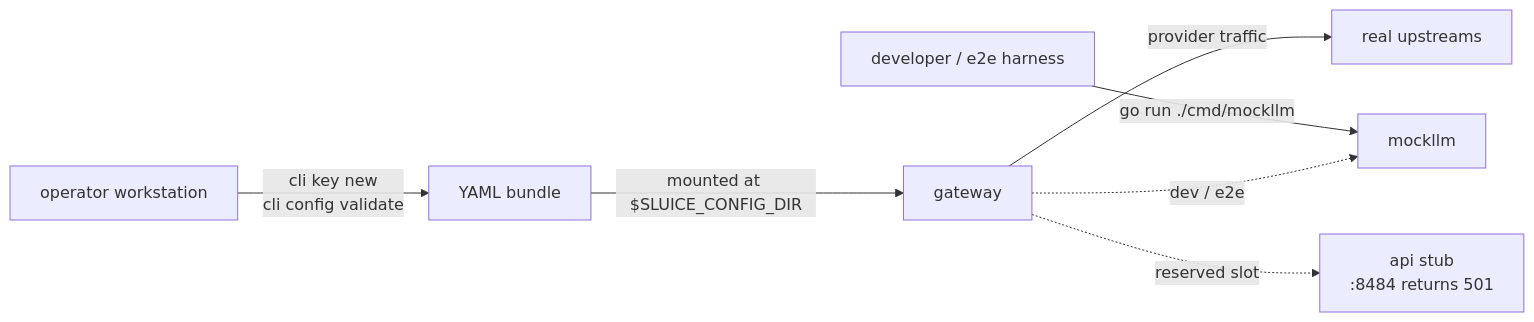
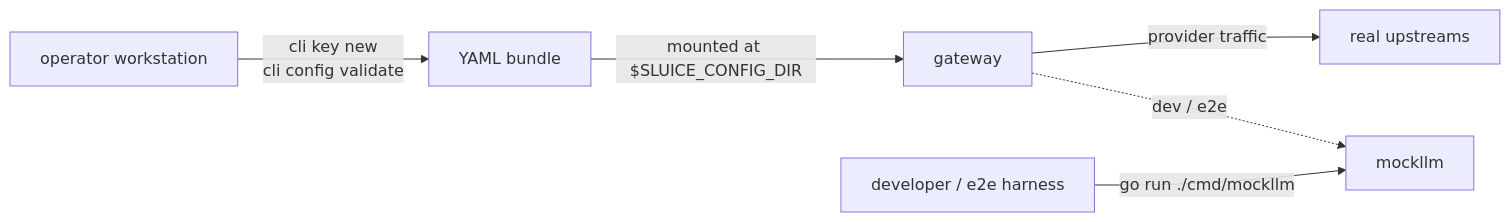
One commit to andyjmorgan/slipspace-gateway changed the diagram in docs/auxiliary-binaries.md. Above: the diagram before and after it, drawn with Mermaid. The commit also changed other lines of this file and 4 other files, not shown here.

First line of the commit message:
chore: remove the inert cmd/api stub

````diff
--- a/docs/auxiliary-binaries.md
+++ b/docs/auxiliary-binaries.md
@@ -31,9 +29,8 @@
 ```mermaid
 flowchart LR
     Op[operator workstation] -->|"cli key new<br/>cli config validate"| YAML[YAML bundle]
     YAML -->|"mounted at $SLUICE_CONFIG_DIR"| GW[gateway]
     GW -->|provider traffic| Up[real upstreams]
     Dev[developer / e2e harness] -->|"go run ./cmd/mockllm"| MOCK[mockllm]
     GW -. dev / e2e .-> MOCK
-    GW -. reserved slot .-> API[api stub<br/>:8484 returns 501]
 ```
````
